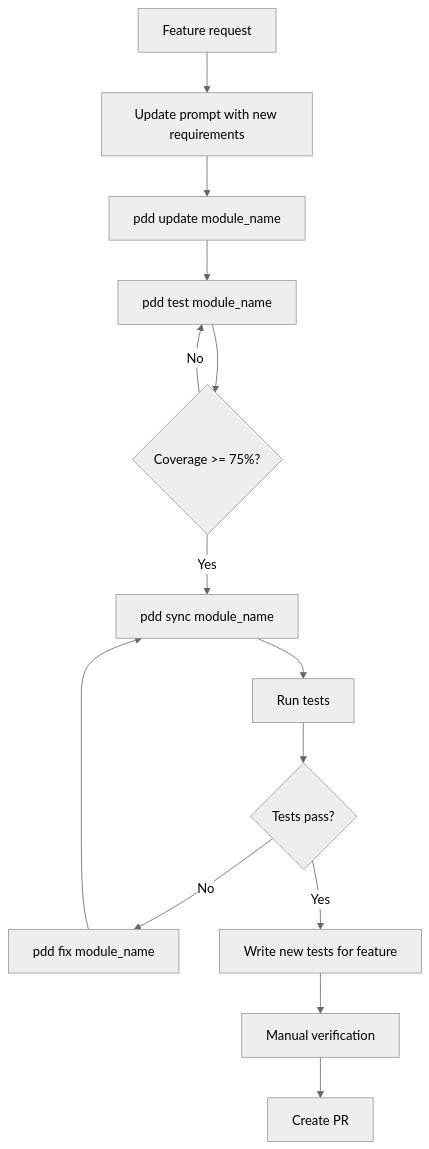
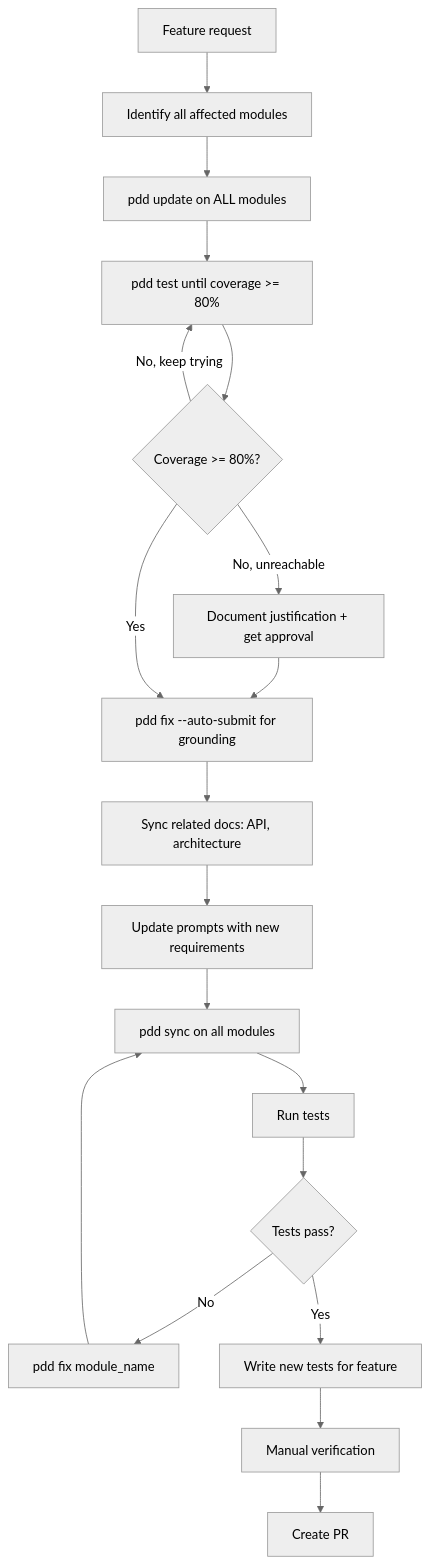
One commit to promptdriven/pdd changed the second of 2 diagrams in docs/ONBOARDING_INTERNAL.md. Above: the diagram before and after it, drawn with Mermaid (neutral theme). The commit also changed other lines of this file and 1 other file, not shown here.

First line of the commit message:
refactor: Update onboarding documentation for prompt-driven development workflow

````diff
--- a/docs/ONBOARDING_INTERNAL.md
+++ b/docs/ONBOARDING_INTERNAL.md
@@ -251,20 +251,26 @@
 ```mermaid
 flowchart TD
-    A[Feature request] --> B[Update prompt with new requirements]
-    B --> C[pdd update module_name]
-    C --> D[pdd test module_name]
-    D --> E{Coverage >= 75%?}
+    A[Feature request] --> B[Identify all affected modules]
+    B --> C[pdd update on ALL modules]
+    C --> D[pdd test until coverage >= 80%]
+    D --> E{Coverage >= 80%?}
 
-    E -->|No| D
-    E -->|Yes| F[pdd sync module_name]
+    E -->|No, keep trying| D
+    E -->|No, unreachable| E2[Document justification + get approval]
+    E2 --> F
+    E -->|Yes| F[pdd fix --auto-submit for grounding]
 
-    F --> G[Run tests]
-    G --> H{Tests pass?}
+    F --> G[Sync related docs: API, architecture]
+    G --> H[Update prompts with new requirements]
+    H --> I[pdd sync on all modules]
 
-    H -->|No| I[pdd fix module_name]
-    I --> F
+    I --> J[Run tests]
+    J --> K{Tests pass?}
 
-    H -->|Yes| J[Write new tests for feature]
-    J --> K[Manual verification]
-    K --> L[Create PR]
+    K -->|No| L[pdd fix module_name]
+    L --> I
+
+    K -->|Yes| M[Write new tests for feature]
+    M --> N[Manual verification]
+    N --> O[Create PR]
 ```
````
